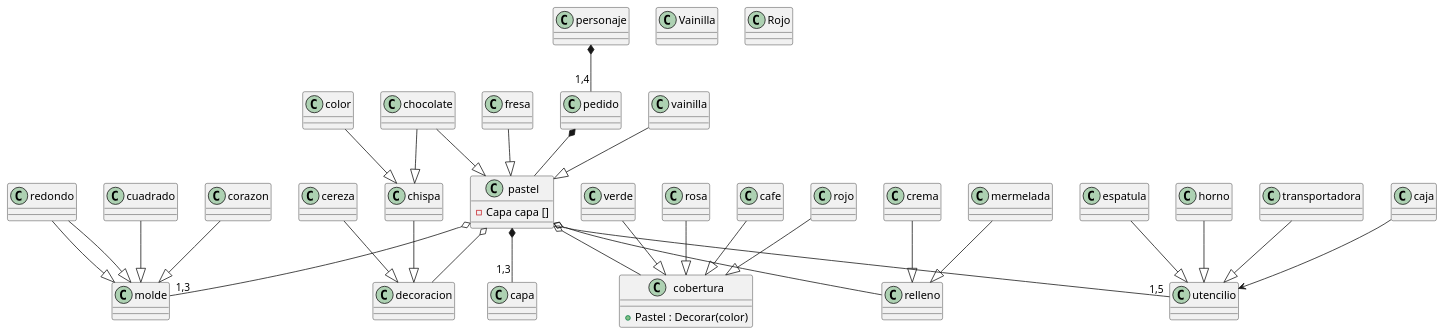
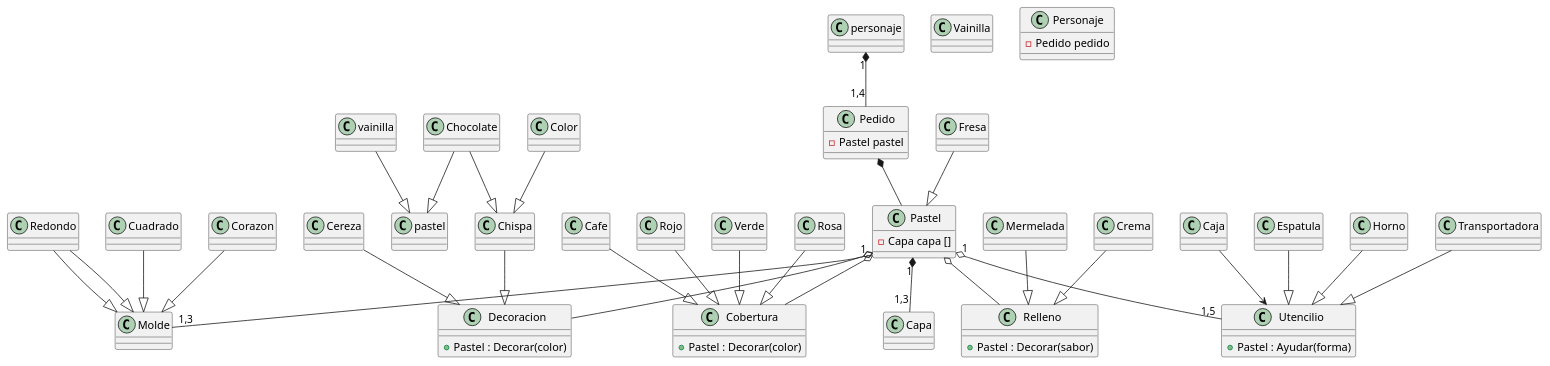
The diagram in diagrama.puml (25110292/3E261), drawn with PlantUML before and after one commit.

```diff
--- a/diagrama.puml
+++ b/diagrama.puml
@@ -1,65 +1,75 @@
 @startuml
-class molde
-class redondo 
-class cuadrado
-class corazon
-class pastel {
+class Molde
+class Redondo 
+class Cuadrado
+class Corazon
+class Pastel {
     -Capa capa []
 }
 class Vainilla
-class fresa
-class decoracion 
-class chispa
-class color
-class chocolate 
-class cobertura {
+class Fresa
+class Decoracion{
+    +Pastel : Decorar(color)
+} 
+class Chispa
+class Color
+class Chocolate 
+class Cobertura {
     +Pastel : Decorar(color)
 }
 class Rojo
-class verde
-class rosa
-class cafe
-class relleno 
-class crema 
-class mermelada
-class cereza
-class utencilio 
-class espatula
-class horno
-class transportadora
-class caja 
-class personaje 
-class pedido
-class capa 
+class Verde
+class Rosa
+class Cafe
+class Relleno{
+    +Pastel : Decorar(sabor)
+}
+class Crema 
+class Mermelada
+class Cereza
+class Utencilio{
+    +Pastel : Ayudar(forma)
+}
+class Espatula
+class Horno
+class Transportadora
+class Caja 
+class Personaje {
+    -Pedido pedido
+}
+class Pedido{
+    -Pastel pastel 
+    }
+class Capa 
 
-redondo--|>molde
-redondo--|>molde
-cuadrado --|>molde 
-corazon --|> molde 
+Redondo--|>Molde
+Redondo--|>Molde
+Cuadrado --|>Molde 
+Corazon --|> Molde 
 vainilla--|>pastel
-chocolate--|>pastel
-fresa--|>pastel
-chispa--|>decoracion 
-chocolate--|>chispa
-color--|>chispa
-rojo--|>cobertura
-verde--|>cobertura
-rosa--|>cobertura
-cafe--|>cobertura 
-crema--|>relleno 
-mermelada --|>relleno
-cereza--|>decoracion
-espatula--|>utencilio
-horno--|>utencilio
-transportadora--|>utencilio
-caja-->utencilio
-pastel o--"1,3" molde
-pastel o-- decoracion
-pastel o-- cobertura
-pastel o-- relleno 
-personaje *-- "1,4"pedido
-pedido *-- pastel 
-pastel *--"1,3" capa 
-pastel o--"1,5"utencilio 
+Chocolate--|>pastel
+Fresa--|>Pastel
+Chispa--|>Decoracion 
+Chocolate--|>Chispa
+Color--|>Chispa
+Rojo--|>Cobertura
+Verde--|>Cobertura
+Rosa--|>Cobertura
+Cafe--|>Cobertura 
+Crema--|>Relleno 
+Mermelada --|>Relleno 
+Cereza--|>Decoracion
+Espatula--|>Utencilio
+Horno--|>Utencilio
+Transportadora--|>Utencilio
+Caja-->Utencilio
+Pastel "1" o--"1,3" Molde
+Pastel o-- Decoracion
+Pastel o-- Cobertura
+Pastel o-- Relleno 
+personaje "1"*-- "1,4"Pedido
+Pedido *-- Pastel 
+Pastel "1"*--"1,3" Capa 
+Pastel "1" o--"1,5"Utencilio 
 
 @enduml
```
